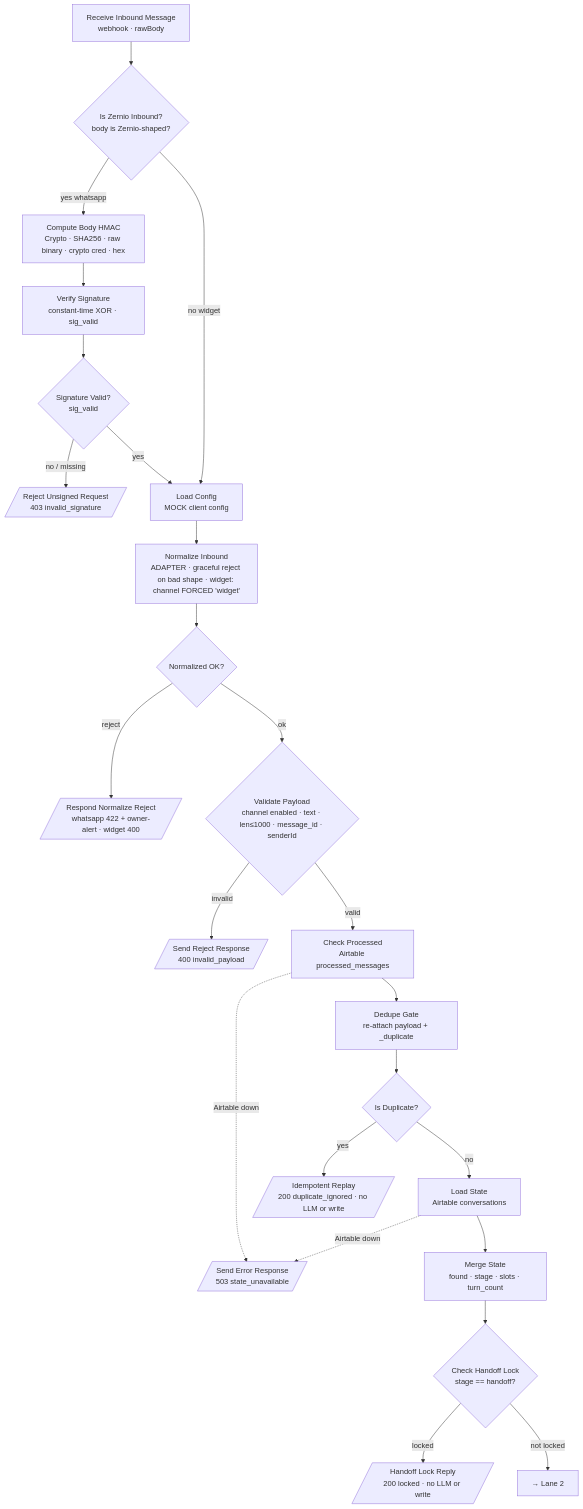
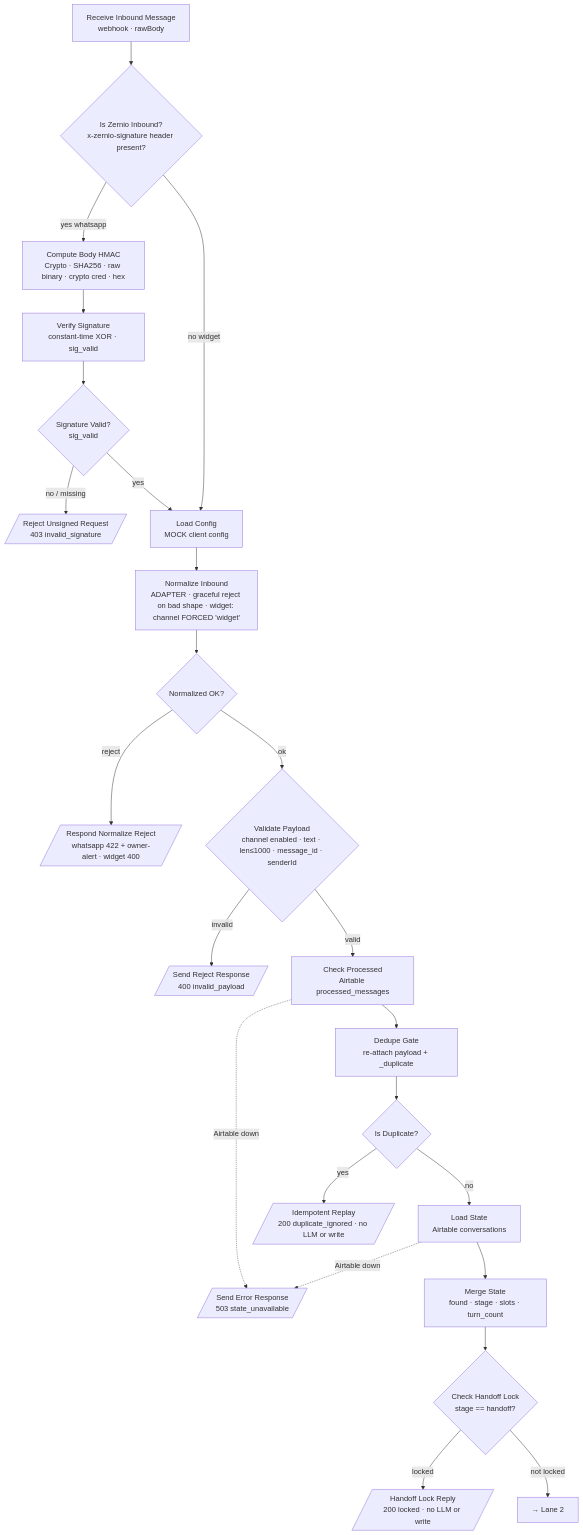
One commit to Neeidy/salon-booking-bot changed the second of 10 diagrams in docs/FLOW-DIAGRAM.md. Above: the diagram before and after it, drawn with Mermaid. The commit also changed other lines of this file and 4 other files, not shown here.

````diff
--- a/docs/FLOW-DIAGRAM.md
+++ b/docs/FLOW-DIAGRAM.md
@@ -39,26 +39,26 @@
 ```mermaid
 flowchart TD
-  WH[Receive Inbound Message<br/>webhook · rawBody] --> IZ{Is Zernio Inbound?<br/>body is Zernio-shaped?}
+  WH[Receive Inbound Message<br/>webhook · rawBody] --> IZ{Is Zernio Inbound?<br/>x-zernio-signature header present?}
   IZ -->|yes whatsapp| HM[Compute Body HMAC<br/>Crypto · SHA256 · raw binary · crypto cred · hex]
   HM --> VS[Verify Signature<br/>constant-time XOR · sig_valid]
   VS --> SV{Signature Valid?<br/>sig_valid}
   SV -->|no / missing| RU[/Reject Unsigned Request<br/>403 invalid_signature/]
   SV -->|yes| LC[Load Config<br/>MOCK client config]
   IZ -->|no widget| LC
   LC --> NORM[Normalize Inbound<br/>ADAPTER · graceful reject on bad shape · widget: channel FORCED 'widget']
   NORM --> NOK{Normalized OK?}
   NOK -->|reject| NR[/Respond Normalize Reject<br/>whatsapp 422 + owner-alert · widget 400/]
   NOK -->|ok| VP{Validate Payload<br/>channel enabled · text · len≤1000 · message_id · senderId}
   VP -->|invalid| REJ[/Send Reject Response<br/>400 invalid_payload/]
   VP -->|valid| CP[Check Processed<br/>Airtable processed_messages]
   CP -.->|Airtable down| ERR[/Send Error Response<br/>503 state_unavailable/]
   CP --> DG[Dedupe Gate<br/>re-attach payload + _duplicate]
   DG --> ISD{Is Duplicate?}
   ISD -->|yes| REPLAY[/Idempotent Replay<br/>200 duplicate_ignored · no LLM or write/]
   ISD -->|no| LS[Load State<br/>Airtable conversations]
   LS -.->|Airtable down| ERR
   LS --> MS[Merge State<br/>found · stage · slots · turn_count]
   MS --> CHL{Check Handoff Lock<br/>stage == handoff?}
   CHL -->|locked| LOCK[/Handoff Lock Reply<br/>200 locked · no LLM or write/]
   CHL -->|not locked| G[→ Lane 2]
 ```
````
